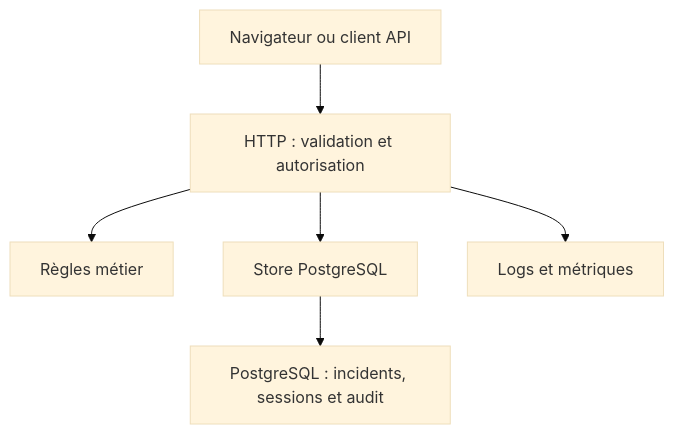
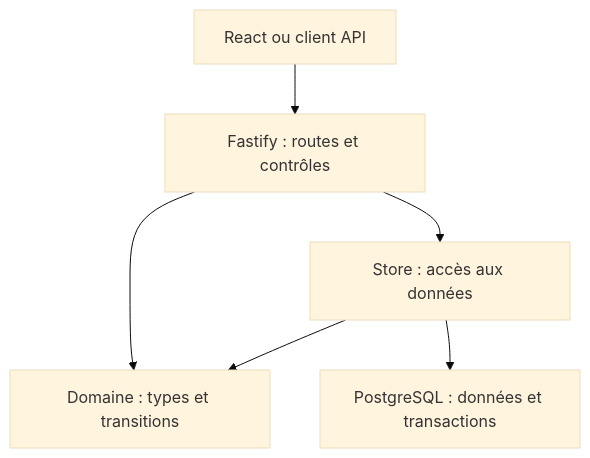
Before and after one commit to anunca/incident-desk: the first of 4 diagrams in docs/architecture.md, drawn with Mermaid (base theme). The commit also changed other lines of this file and 1 other file, not shown here.

Commit message:
Document architecture, transaction flows and evolution roadmap

````diff
--- a/docs/architecture.md
+++ b/docs/architecture.md
@@ -3,8 +23,8 @@
 ```mermaid
 flowchart TD
-  B["Navigateur ou client API"] --> H["HTTP : validation et autorisation"]
-  H --> D["Règles métier"]
-  H --> S["Store PostgreSQL"]
-  S --> P["PostgreSQL : incidents, sessions et audit"]
-  H --> O["Logs et métriques"]
+    C["React ou client API"] --> H["Fastify : routes et contrôles"]
+    H --> D["Domaine : types et transitions"]
+    H --> S["Store : accès aux données"]
+    S --> D
+    S --> P["PostgreSQL : données et transactions"]
 ```
````
